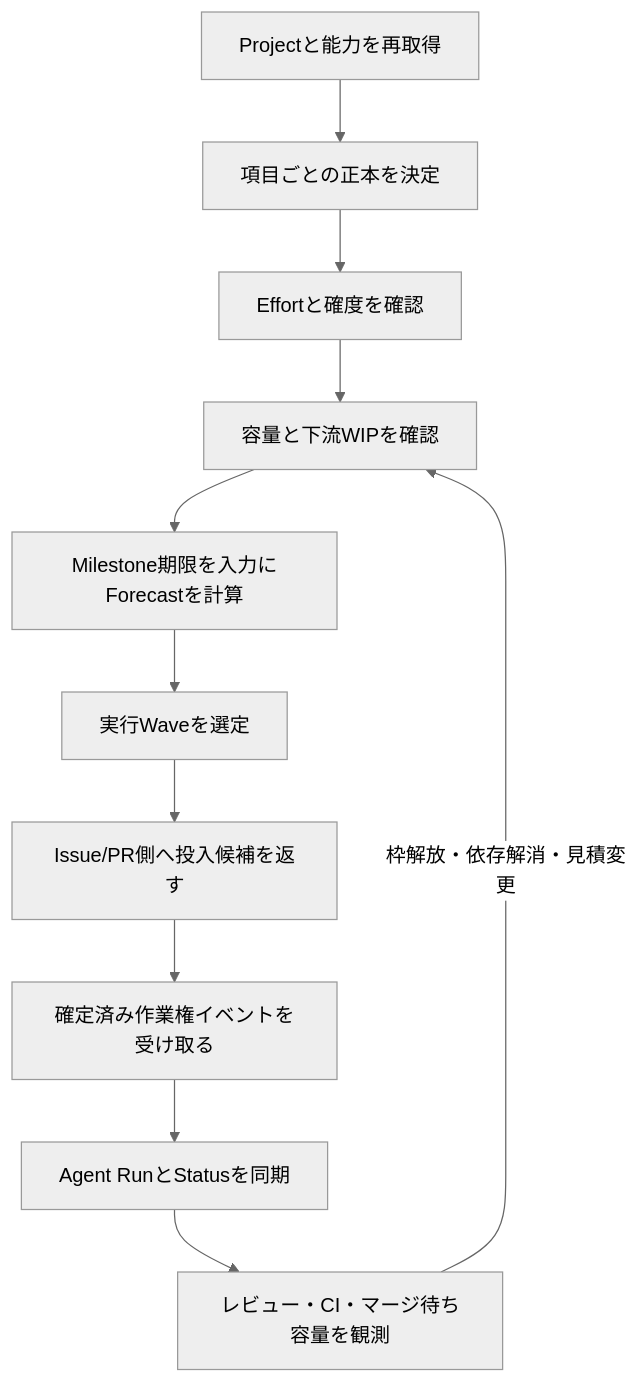
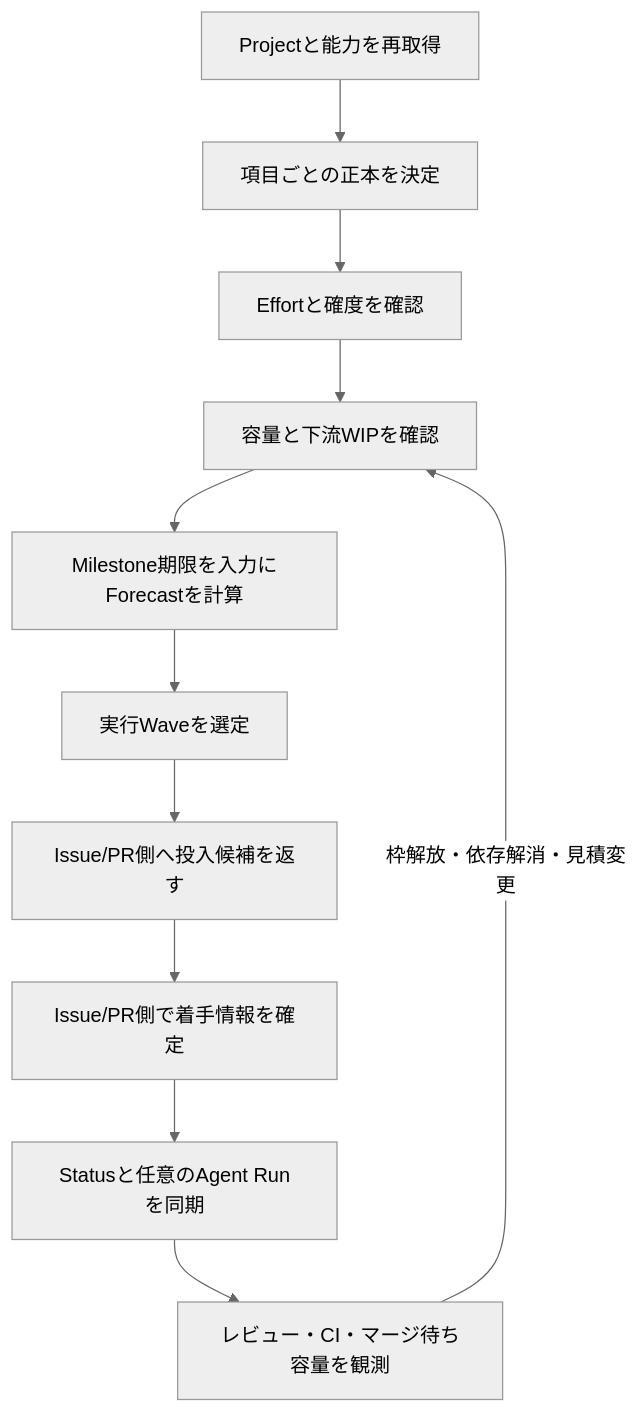
One commit to ReoHakase/skills changed the diagram in github-project-ops/SKILL.md. Above: the diagram before and after it, drawn with Mermaid (neutral theme). The commit also changed other lines of this file and 21 other files, not shown here.

````diff
--- a/github-project-ops/SKILL.md
+++ b/github-project-ops/SKILL.md
@@ -87,13 +99,13 @@
 ```mermaid
 flowchart TD
     discover["Projectと能力を再取得"] --> sources["項目ごとの正本を決定"]
     sources --> estimate["Effortと確度を確認"]
     estimate --> capacity["容量と下流WIPを確認"]
     capacity --> forecast["Milestone期限を入力にForecastを計算"]
     forecast --> wave["実行Waveを選定"]
     wave --> candidate["Issue/PR側へ投入候補を返す"]
-    candidate --> confirmed["確定済み作業権イベントを受け取る"]
-    confirmed --> sync["Agent RunとStatusを同期"]
+    candidate --> confirmed["Issue/PR側で着手情報を確定"]
+    confirmed --> sync["Statusと任意のAgent Runを同期"]
     sync --> observe["レビュー・CI・マージ待ち容量を観測"]
     observe -->|"枠解放・依存解消・見積変更"| capacity
 ```
````
